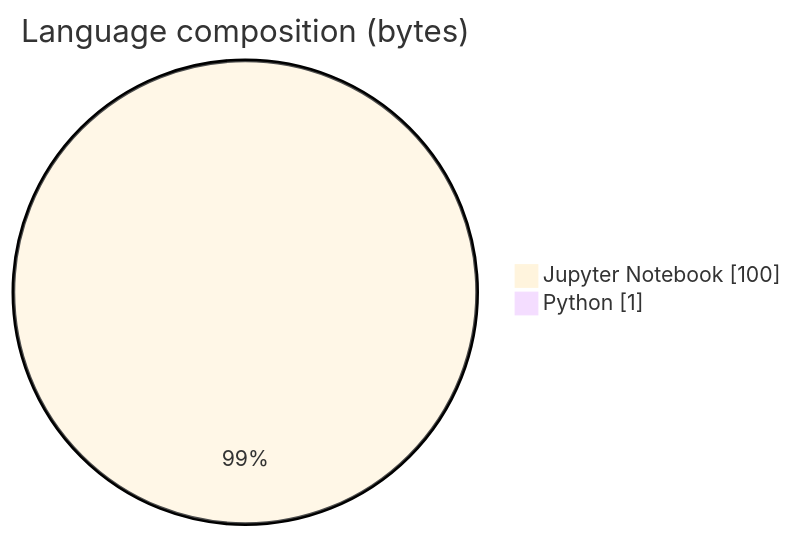
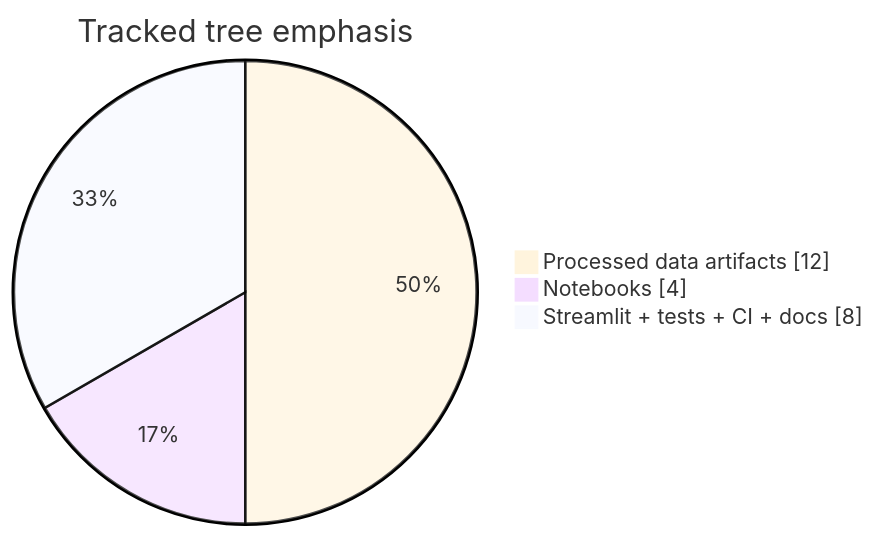
Before and after one commit to ArchanaChetan07/Insurance-Product-Performance-Analytics-Platform: the seventh of 7 diagrams in README.md, drawn with Mermaid. The commit also changed other lines of this file and 2 other files, not shown here.

Commit message:
Document medallion claims lakehouse with verified gold KPIs; fix Streamlit paths.

````diff
--- a/README.md
+++ b/README.md
@@ -66,6 +240,7 @@
 ```mermaid
 %%{init: {'theme':'base'}}%%
-pie showData title Language composition (bytes)
-    "Jupyter Notebook" : 100
-    "Python" : 1
+pie showData title Tracked tree emphasis
+    "Processed data artifacts" : 12
+    "Notebooks" : 4
+    "Streamlit + tests + CI + docs" : 8
 ```
````
